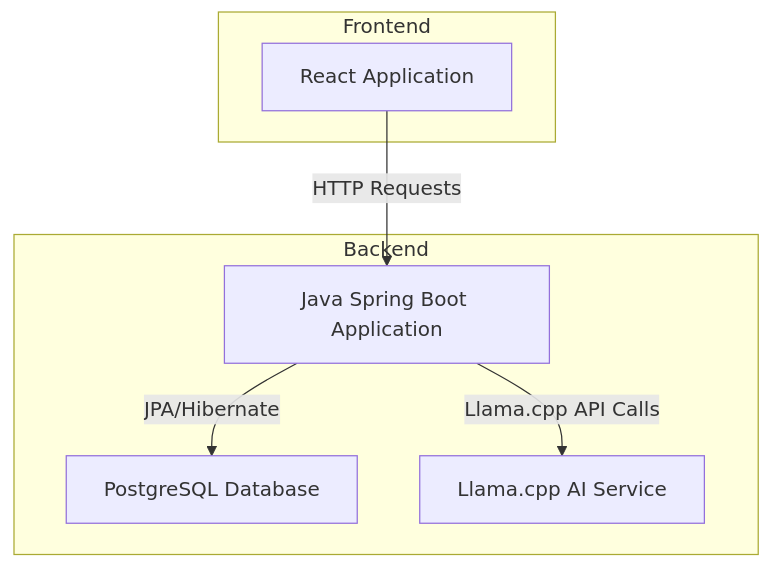
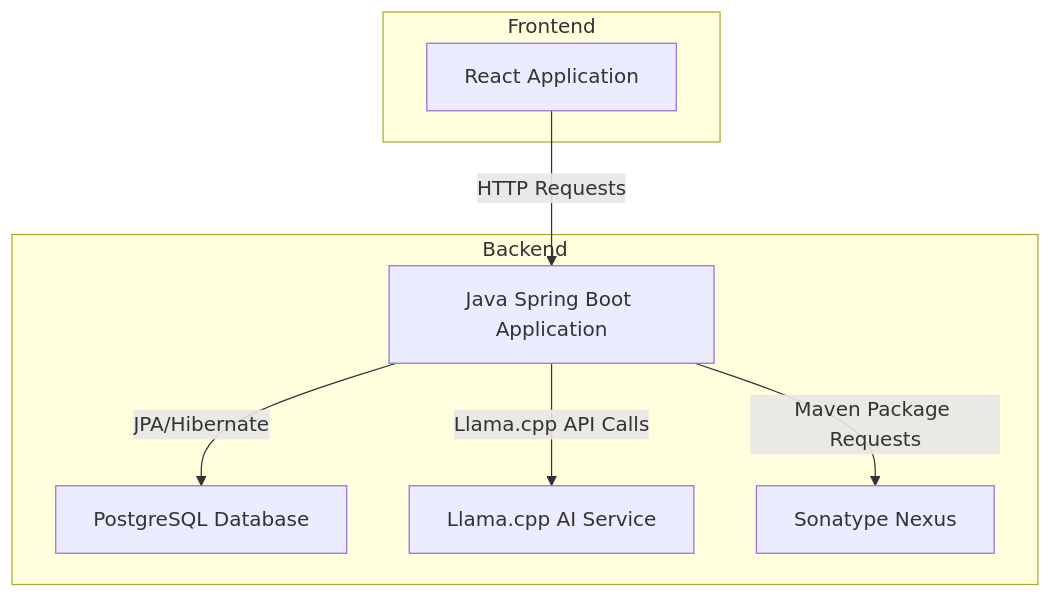
The first of 2 diagrams in README.md (darkmusic/ai-forgot-these-cards), drawn with Mermaid before and after one commit. The commit also changed other lines of this file, not shown here.

Commit message:
feat: Update README to include Sonatype Nexus for optional Maven dependency caching

````diff
--- a/README.md
+++ b/README.md
@@ -61,16 +63,18 @@
 ```mermaid
 flowchart TD
     subgraph Backend
         A[Java Spring Boot Application]
         B[PostgreSQL Database]
         C[Llama.cpp AI Service]
+        E[Sonatype Nexus]
     end
 
     subgraph Frontend
         D[React Application]
     end
 
     D -->|HTTP Requests| A
     A -->|JPA/Hibernate| B
     A -->|Llama.cpp API Calls| C
+    A -->|Maven Package Requests| E
 ```
````
